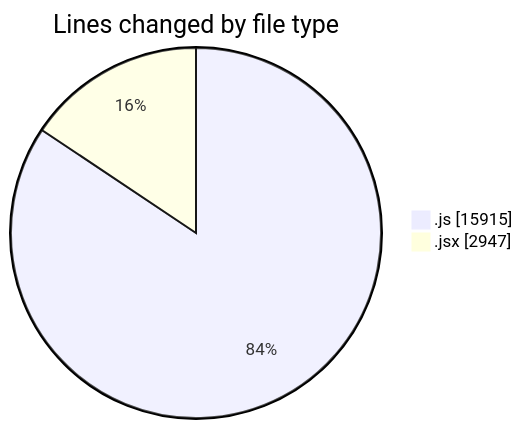
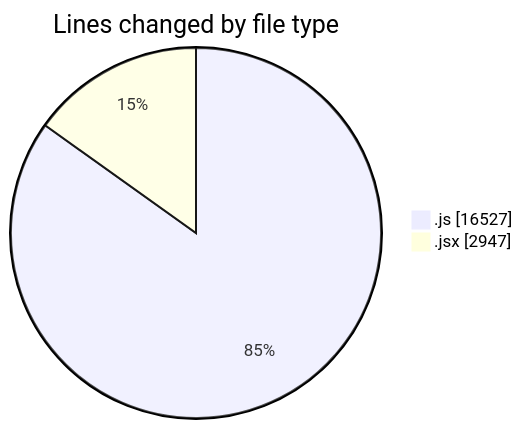
The first of 2 diagrams in 2025-09-26/nxtqube_webapp/README.md (nxtqubesakshisongat/code-tracking), drawn with Mermaid before and after one commit. The commit also changed other lines of this file and 1 other file, not shown here.

````diff
--- a/2025-09-26/nxtqube_webapp/README.md
+++ b/2025-09-26/nxtqube_webapp/README.md
@@ -27,6 +27,6 @@
 ```mermaid
 pie showData
 title Lines changed by file type
-".js" : 15915
+".js" : 16527
 ".jsx" : 2947
 ```
````
